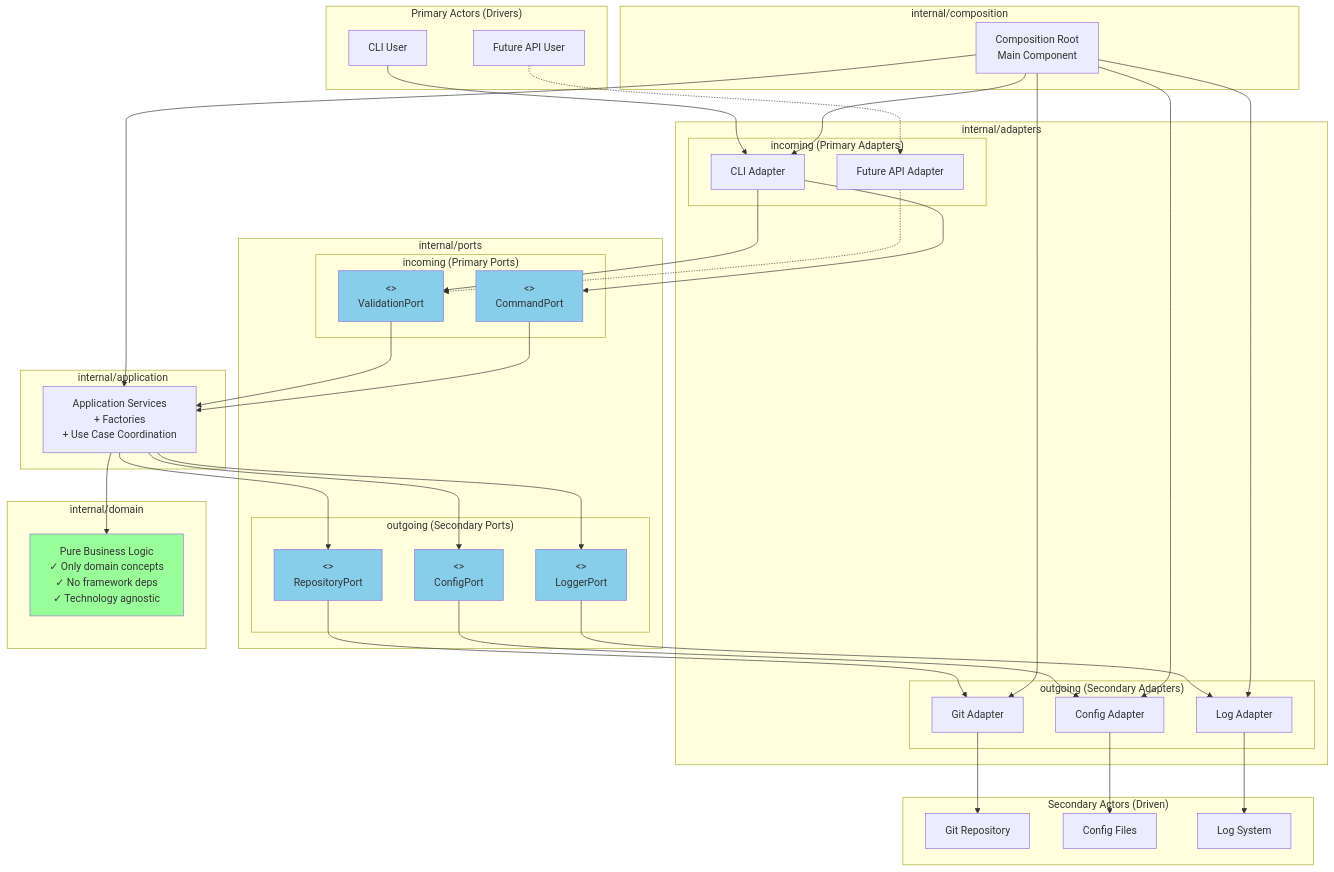
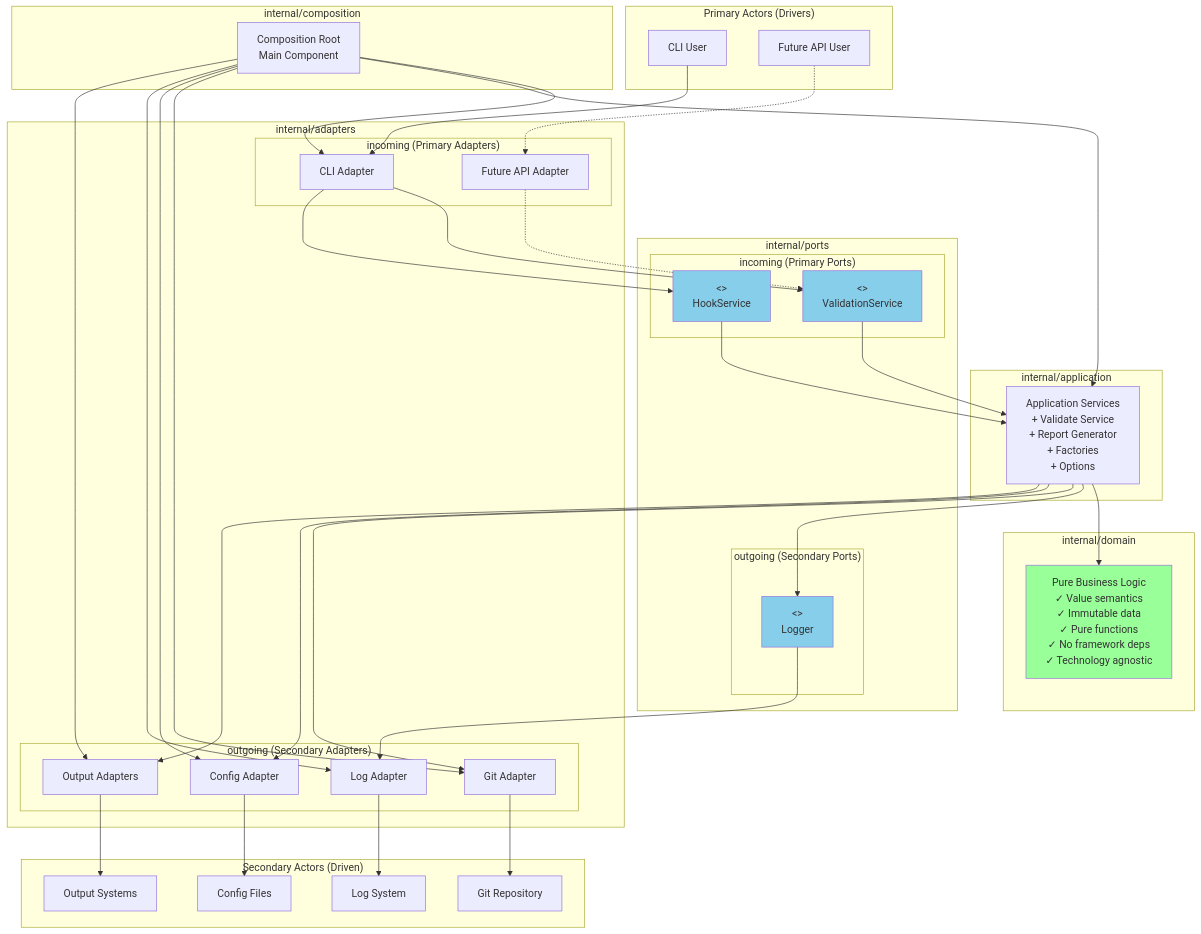
The second of 4 diagrams in docs/ARCHITECTURE.md (itiquette/gommitlint), drawn with Mermaid before and after one commit. The commit also changed other lines of this file and 5 other files, not shown here.

````diff
--- a/docs/ARCHITECTURE.md
+++ b/docs/ARCHITECTURE.md
@@ -143,79 +153,78 @@
 ```mermaid
 graph TB
     subgraph "Primary Actors (Drivers)"
         CLI[CLI User]
         API[Future API User]
     end
     
     subgraph "Secondary Actors (Driven)"
         Git[Git Repository]
         Config[Config Files]
         Logs[Log System]
+        Output[Output Systems]
     end
     
     subgraph "internal/ports"
         subgraph "incoming (Primary Ports)"
-            ValidationPort[<<interface>><br/>ValidationPort]
-            CommandPort[<<interface>><br/>CommandPort]
+            ValidationPort[<<interface>><br/>ValidationService]
+            HookPort[<<interface>><br/>HookService]
         end
         subgraph "outgoing (Secondary Ports)"
-            RepoPort[<<interface>><br/>RepositoryPort]
-            ConfigPort[<<interface>><br/>ConfigPort]
-            LogPort[<<interface>><br/>LoggerPort]
+            LogPort[<<interface>><br/>Logger]
         end
     end
     
     subgraph "internal/adapters"
         subgraph "incoming (Primary Adapters)"
             CLIAdapter[CLI Adapter]
             APIAdapter[Future API Adapter]
         end
         subgraph "outgoing (Secondary Adapters)"
             GitAdapter[Git Adapter]
             ConfigAdapter[Config Adapter]
             LogAdapter[Log Adapter]
+            OutputAdapter[Output Adapters]
         end
     end
     
     subgraph "internal/domain"
-        PureDomain[Pure Business Logic<br/>✓ Only domain concepts<br/>✓ No framework deps<br/>✓ Technology agnostic]
+        PureDomain[Pure Business Logic<br/>✓ Value semantics<br/>✓ Immutable data<br/>✓ Pure functions<br/>✓ No framework deps<br/>✓ Technology agnostic]
     end
     
     subgraph "internal/application"
-        AppService[Application Services<br/>+ Factories<br/>+ Use Case Coordination]
+        AppService[Application Services<br/>+ Validate Service<br/>+ Report Generator<br/>+ Factories<br/>+ Options]
     end
     
     subgraph "internal/composition"
         Root[Composition Root<br/>Main Component]
     end
     
     CLI --> CLIAdapter
     API -.-> APIAdapter
     CLIAdapter --> ValidationPort
-    CLIAdapter --> CommandPort
+    CLIAdapter --> HookPort
     APIAdapter -.-> ValidationPort
     ValidationPort --> AppService
-    CommandPort --> AppService
+    HookPort --> AppService
     AppService --> PureDomain
-    AppService --> RepoPort
-    AppService --> ConfigPort
     AppService --> LogPort
-    RepoPort --> GitAdapter
-    ConfigPort --> ConfigAdapter
     LogPort --> LogAdapter
+    AppService --> GitAdapter
+    AppService --> ConfigAdapter
+    AppService --> OutputAdapter
     GitAdapter --> Git
     ConfigAdapter --> Config
     LogAdapter --> Logs
+    OutputAdapter --> Output
     Root --> CLIAdapter
     Root --> AppService
     Root --> GitAdapter
     Root --> ConfigAdapter
     Root --> LogAdapter
+    Root --> OutputAdapter
     
     style PureDomain fill:#99ff99
     style ValidationPort fill:#87CEEB
-    style CommandPort fill:#87CEEB
-    style RepoPort fill:#87CEEB
-    style ConfigPort fill:#87CEEB
+    style HookPort fill:#87CEEB
     style LogPort fill:#87CEEB
 ```
````
